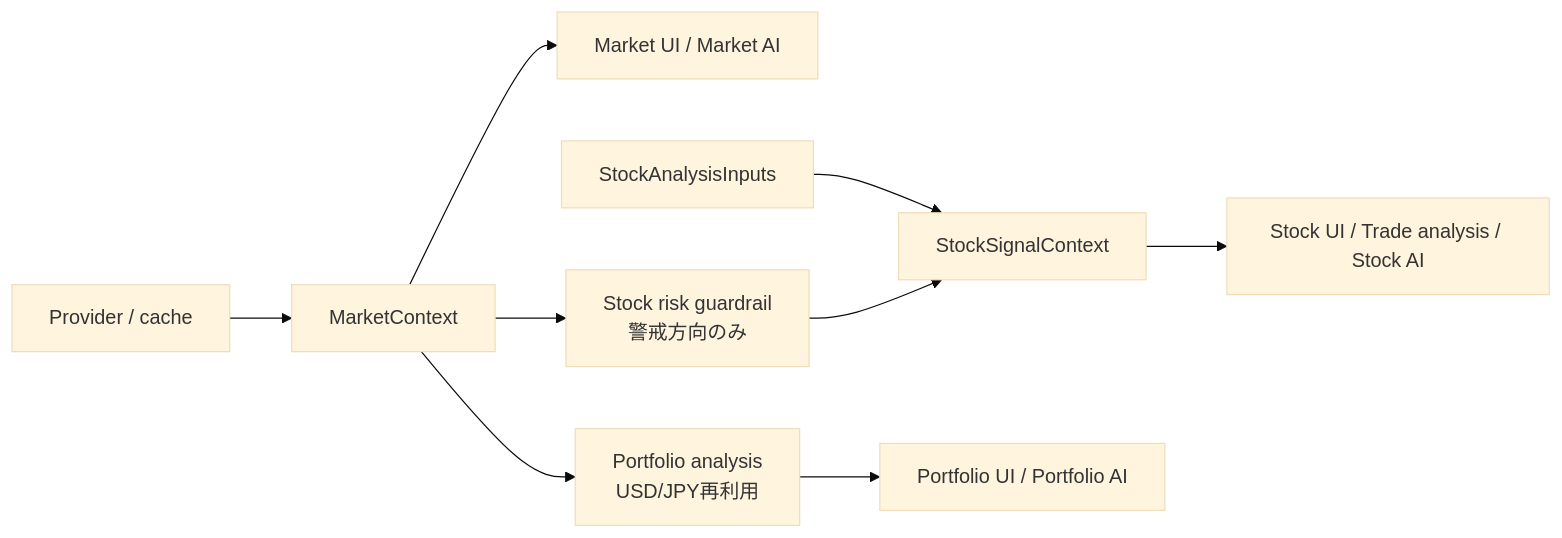
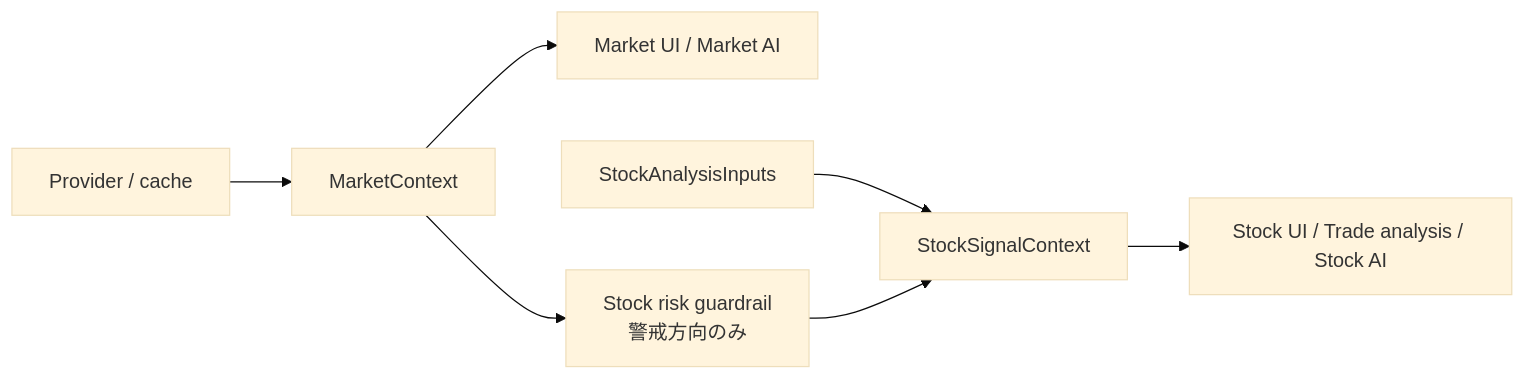
The diagram in docs/ANALYSIS_FEATURE_CATALOG.md (shusuke-appdev/AI-investing-app), drawn with Mermaid (base theme) before and after one commit. The commit also changed other lines of this file and 84 other files, not shown here.

````diff
--- a/docs/ANALYSIS_FEATURE_CATALOG.md
+++ b/docs/ANALYSIS_FEATURE_CATALOG.md
@@ -9,11 +9,9 @@
 ```mermaid
 flowchart LR
   P["Provider / cache"] --> MC["MarketContext"]
   MC --> MU["Market UI / Market AI"]
   MC --> G["Stock risk guardrail\n警戒方向のみ"]
   SI["StockAnalysisInputs"] --> SC["StockSignalContext"]
   G --> SC
   SC --> SU["Stock UI / Trade analysis / Stock AI"]
-  MC --> PC["Portfolio analysis\nUSD/JPY再利用"]
-  PC --> PU["Portfolio UI / Portfolio AI"]
 ```
````
